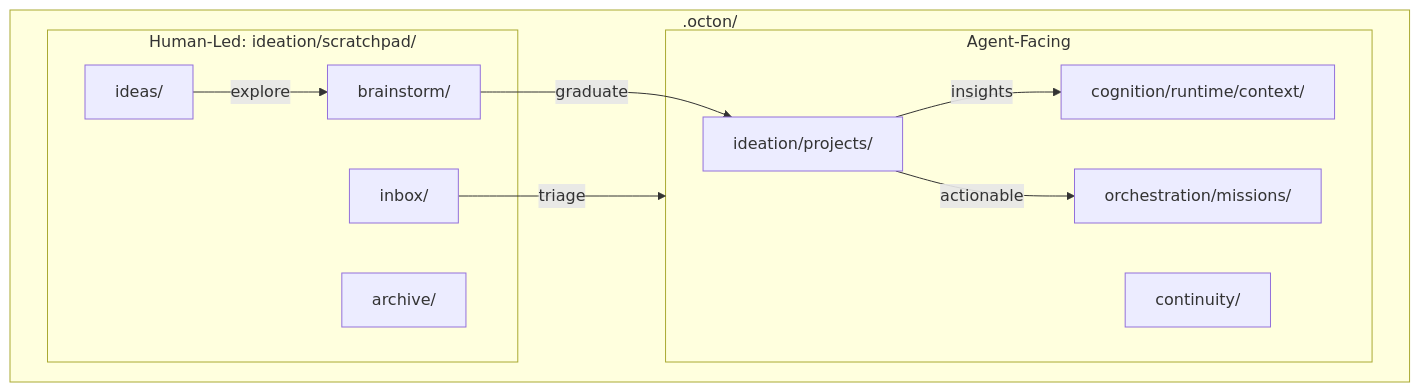
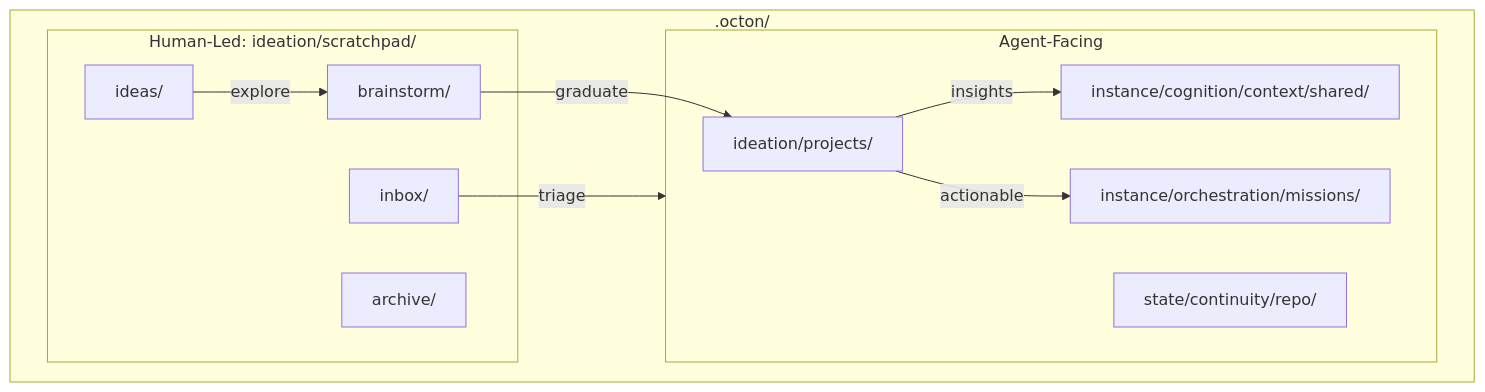
Before and after one commit to jamesryancooper/octon: the third of 3 diagrams in .octon/framework/cognition/_meta/architecture/inputs/exploratory/ideation/scratchpad.md, drawn with Mermaid. The commit also changed 133 other files, not shown here.

````diff
--- a/.octon/framework/cognition/_meta/architecture/inputs/exploratory/ideation/scratchpad.md
+++ b/.octon/framework/cognition/_meta/architecture/inputs/exploratory/ideation/scratchpad.md
@@ -242,24 +242,24 @@
 ```mermaid
 graph TB
     subgraph harness_root [.octon/]
         subgraph agent_facing [Agent-Facing]
             projects[ideation/projects/]
-            context[cognition/runtime/context/]
-            progress[continuity/]
-            missions[orchestration/missions/]
+            context[instance/cognition/context/shared/]
+            progress[state/continuity/repo/]
+            missions[instance/orchestration/missions/]
         end
 
         subgraph human_led [Human-Led: ideation/scratchpad/]
             brainstorm[brainstorm/]
             ideas[ideas/]
             inbox[inbox/]
             archive[archive/]
         end
     end
 
     ideas -->|explore| brainstorm
     brainstorm -->|graduate| projects
     projects -->|insights| context
     projects -->|actionable| missions
     inbox -->|triage| agent_facing
 ```
````
